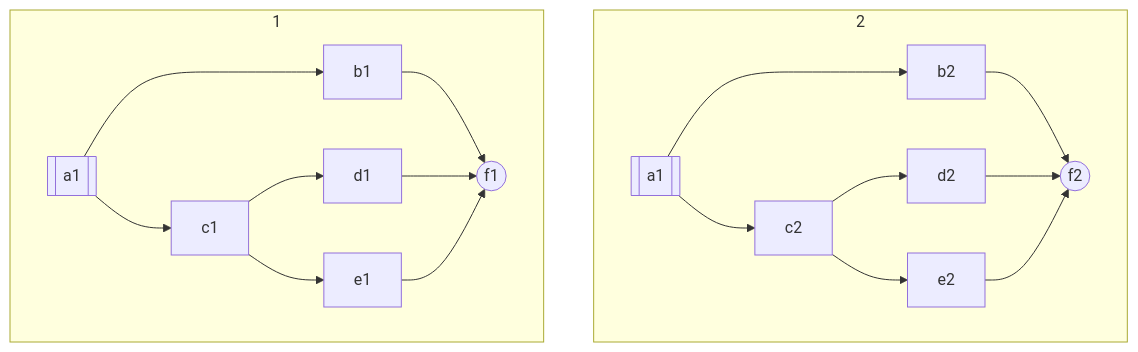
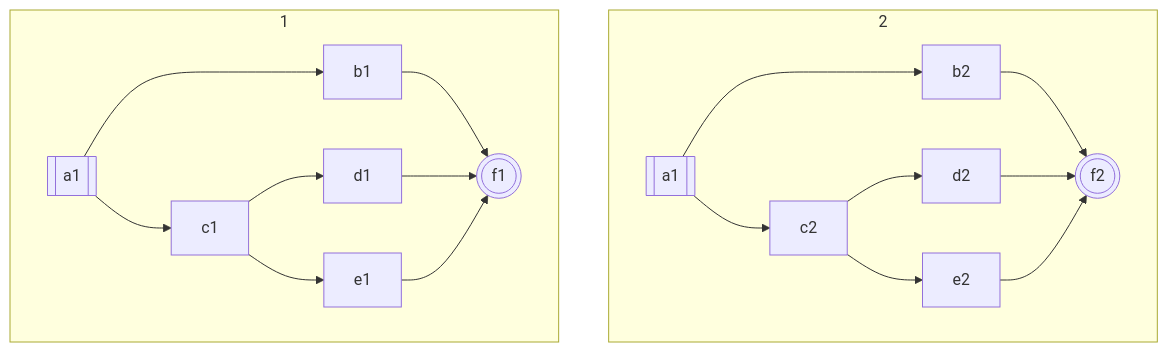
Before and after one commit to vczh-websites/vczh: diagram 14 of 14 in Blog/GLR-Refactoring/Mermaid.md, drawn with Mermaid.

````diff
--- a/Blog/GLR-Refactoring/Mermaid.md
+++ b/Blog/GLR-Refactoring/Mermaid.md
@@ -260,14 +260,14 @@
 ```mermaid
 graph TD
   subgraph 1
     a1[[a1]]-->b1 & c1
-    b1-->f1((f1))
+    b1-->f1(((f1)))
     c1-->d1 & e1-->f1
   end
 
   subgraph 2
     a2[[a1]]-->b2 & c2
-    b2-->f2((f2))
+    b2-->f2(((f2)))
     c2-->d2 & e2-->f2
   end
 ```
````
